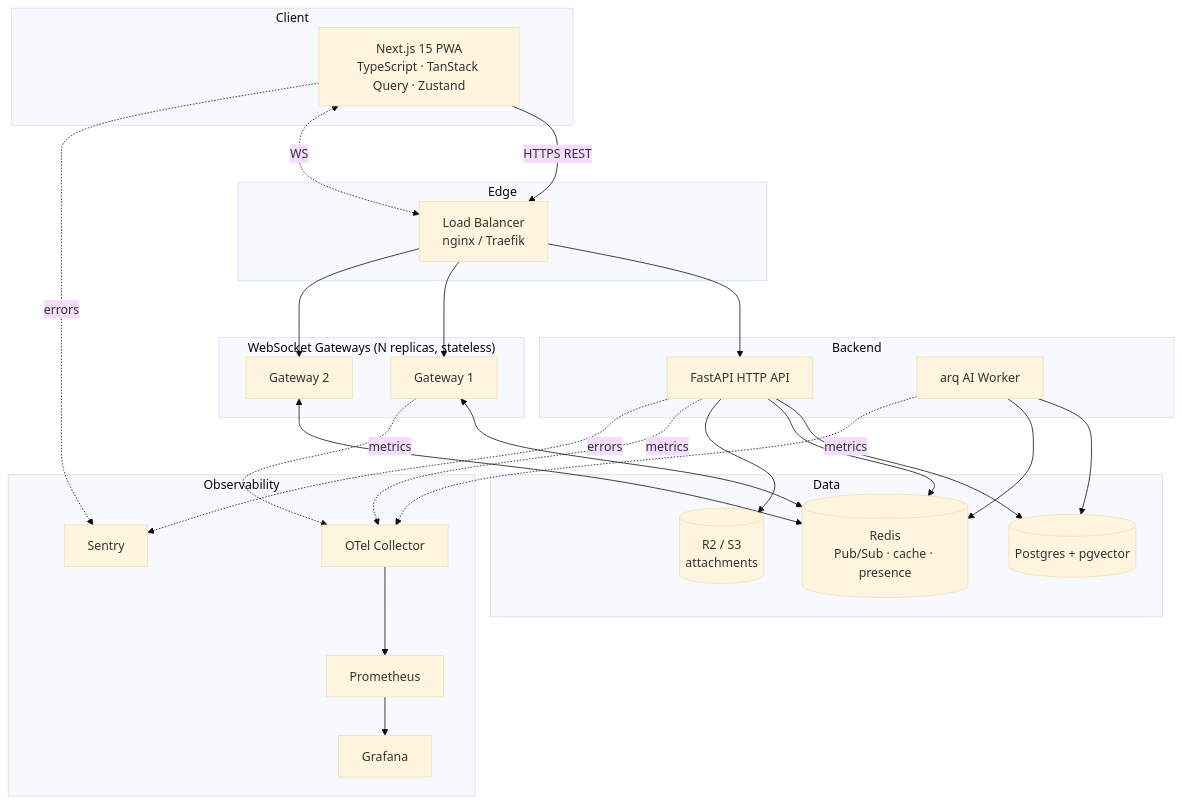
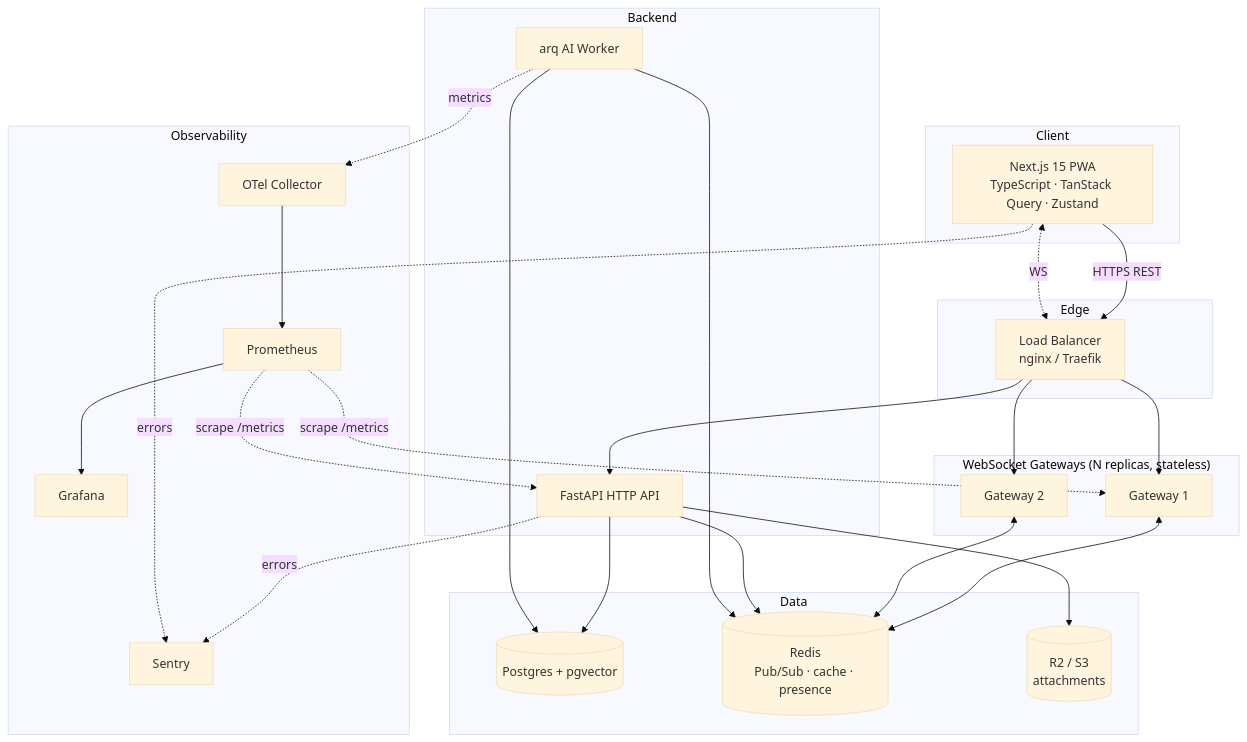
Before and after one commit to shrxyo/chat-engine: the first of 4 diagrams in docs/ARCHITECTURE.md, drawn with Mermaid (base theme). The commit also changed other lines of this file and 19 other files, not shown here.

````diff
--- a/docs/ARCHITECTURE.md
+++ b/docs/ARCHITECTURE.md
@@ -9,46 +9,47 @@
 ```mermaid
 graph TB
   subgraph Client
     Browser["Next.js 15 PWA<br/>TypeScript · TanStack Query · Zustand"]
   end
   subgraph Edge
     LB[Load Balancer<br/>nginx / Traefik]
   end
   subgraph Gateways["WebSocket Gateways (N replicas, stateless)"]
     GW1[Gateway 1]
     GW2[Gateway 2]
   end
   subgraph BackendSvc["Backend"]
     API[FastAPI HTTP API]
     Worker[arq AI Worker]
   end
   subgraph Data
     PG[(Postgres + pgvector)]
     Redis[(Redis<br/>Pub/Sub · cache · presence)]
     R2[(R2 / S3<br/>attachments)]
   end
   subgraph Obs[Observability]
     OTel[OTel Collector]
     Prom[Prometheus]
     Graf[Grafana]
     Sentry
   end
 
   Browser -->|HTTPS REST| LB --> API
   Browser <-.WS.-> LB
   LB --> GW1
   LB --> GW2
   GW1 <--> Redis
   GW2 <--> Redis
   API --> PG
   API --> Redis
   API --> R2
   Worker --> PG
   Worker --> Redis
-  GW1 -.metrics.-> OTel
-  API -.metrics.-> OTel
+  Prom -.scrape /metrics.-> GW1
+  Prom -.scrape /metrics.-> API
   Worker -.metrics.-> OTel
-  OTel --> Prom --> Graf
+  OTel --> Prom
+  Prom --> Graf
   API -.errors.-> Sentry
   Browser -.errors.-> Sentry
 ```
````
